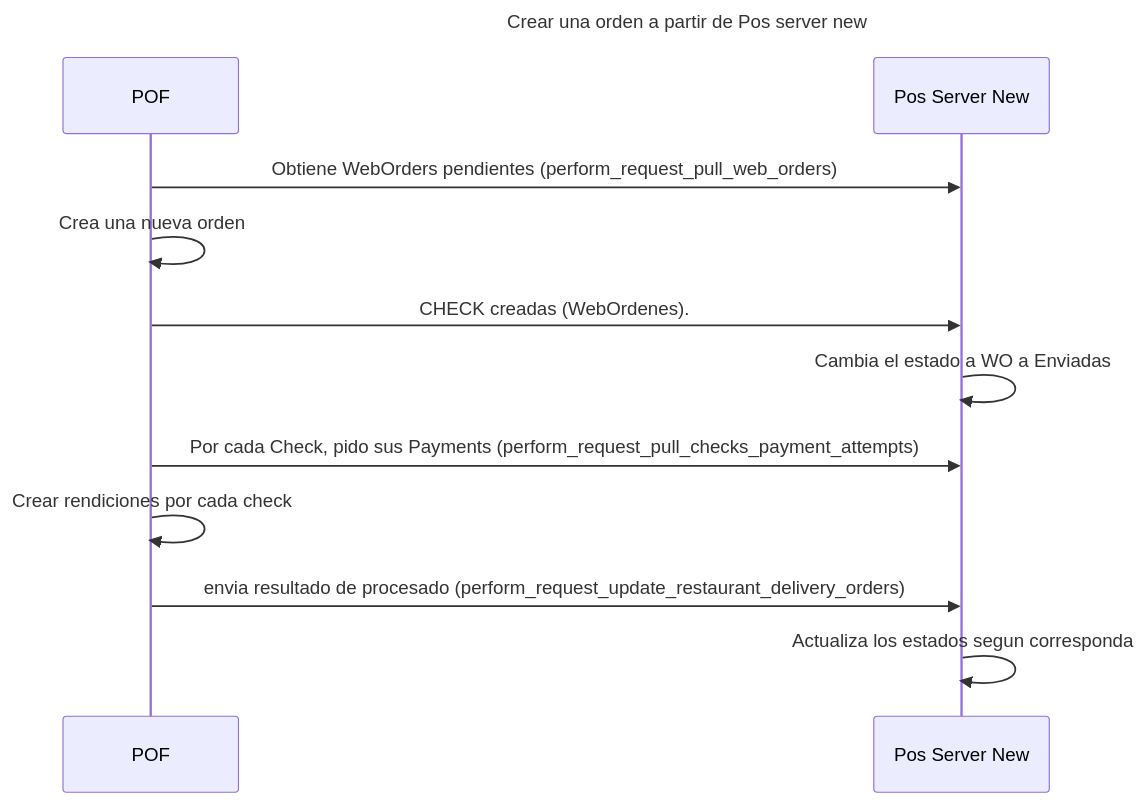
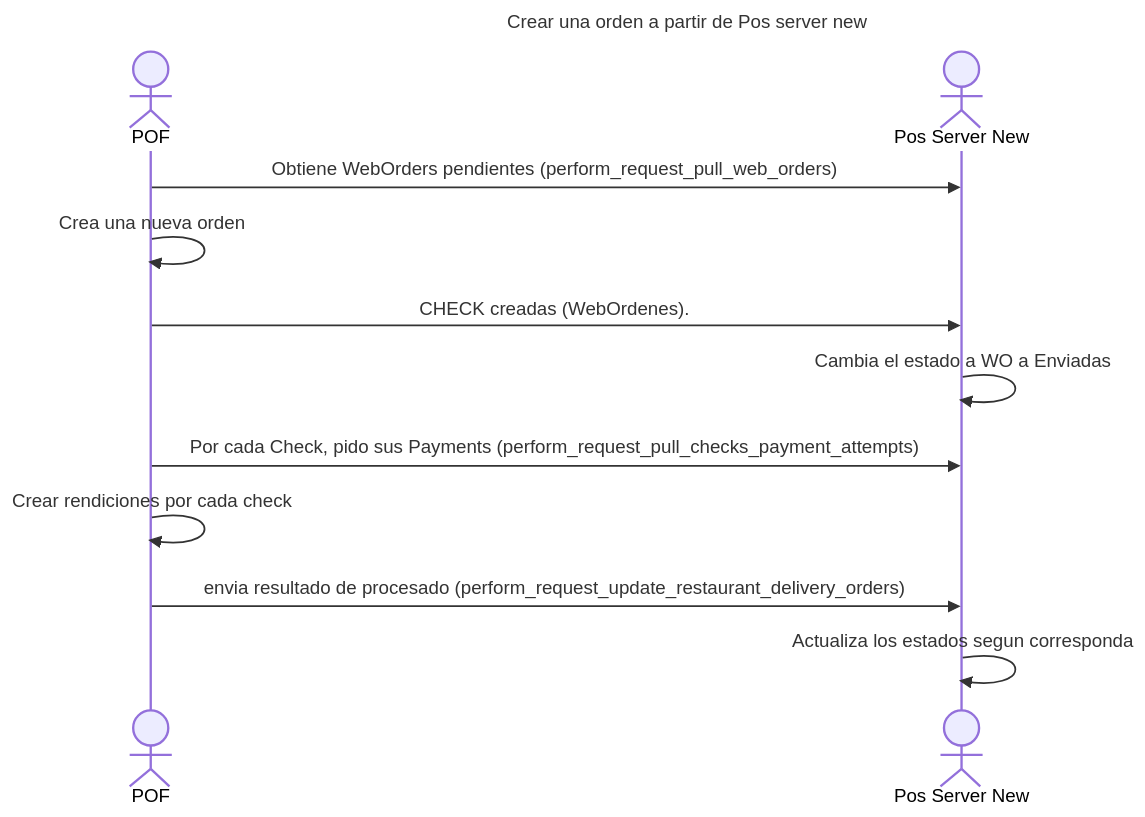
One commit to javix70/personal_obsidian changed the second of 3 diagrams in 100_niufoods/03_projects/pof/documentation/check (order)/diagrams.md. Above: the diagram before and after it, drawn with Mermaid. The commit also changed other lines of this file and 5 other files, not shown here.

````diff
--- a/100_niufoods/03_projects/pof/documentation/check (order)/diagrams.md
+++ b/100_niufoods/03_projects/pof/documentation/check (order)/diagrams.md
@@ -28,17 +28,17 @@
 ```mermaid
 ---
 title: Crear una orden a partir de Pos server new
 ---
 sequenceDiagram
-	participant P as POF
-	participant PSN as Pos Server New
+	actor P as POF
+	actor PSN as Pos Server New
 
 	P->>PSN: Obtiene WebOrders pendientes (perform_request_pull_web_orders)
 	P->>P: Crea una nueva orden
 	P->>PSN: CHECK creadas (WebOrdenes).
 	PSN->>PSN: Cambia el estado a WO a Enviadas
 	P->>PSN: Por cada Check, pido sus Payments (perform_request_pull_checks_payment_attempts)
 	P->>P: Crear rendiciones por cada check
 	P->>PSN: envia resultado de procesado (perform_request_update_restaurant_delivery_orders)
 	PSN->>PSN: Actualiza los estados segun corresponda
 ```
````
